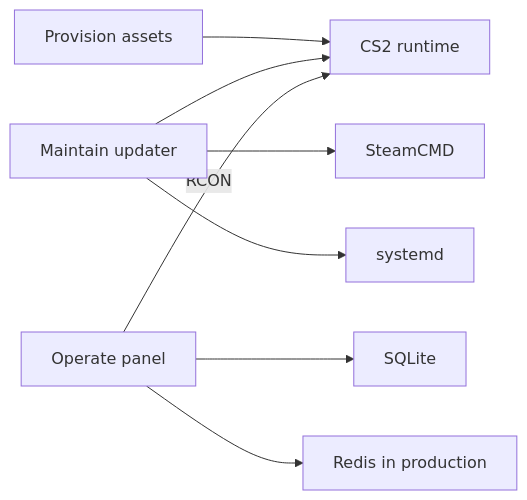
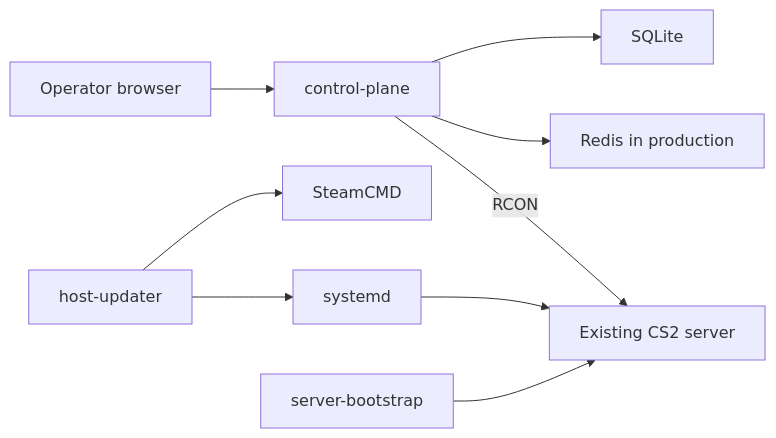
One commit to sebastianspicker/3rr-cs2 changed the diagram in docs/architecture.md. Above: the diagram before and after it, drawn with Mermaid. The commit also changed other lines of this file and 390 other files, not shown here.

````diff
--- a/docs/architecture.md
+++ b/docs/architecture.md
@@ -6,10 +6,11 @@
 ```mermaid
 flowchart LR
-    Provision["Provision assets"] --> Runtime["CS2 runtime"]
-    Updater["Maintain updater"] --> Runtime
-    Panel["Operate panel"] -->|RCON| Runtime
-    Updater --> SteamCMD["SteamCMD"]
-    Updater --> Systemd["systemd"]
-    Panel --> SQLite["SQLite"]
-    Panel --> Redis["Redis in production"]
+    Browser[Operator browser] --> Control[control-plane]
+    Control --> SQLite[SQLite]
+    Control --> Redis[Redis in production]
+    Control -->|RCON| CS2[Existing CS2 server]
+    Updater[host-updater] --> SteamCMD[SteamCMD]
+    Updater --> Systemd[systemd]
+    Systemd --> CS2
+    Bootstrap[server-bootstrap] --> CS2
 ```
````
